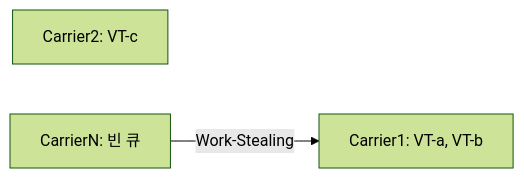
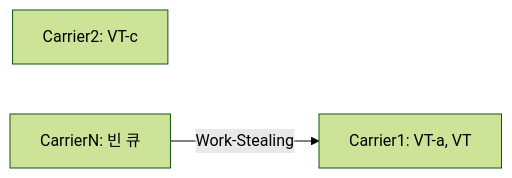
Before and after one commit to yjkim2015/yjkim2015.github.io: the fourth of 7 diagrams in _posts/java/2026-05-01-java-virtual-thread.md, drawn with Mermaid (forest theme). The commit also changed other lines of this file and 271 other files, not shown here.

First line of the commit message:
Mermaid 라벨 축소: 긴 노드 텍스트 18자 이하로 트림 + \n 제거

````diff
--- a/_posts/java/2026-05-01-java-virtual-thread.md
+++ b/_posts/java/2026-05-01-java-virtual-thread.md
@@ -152,7 +152,7 @@
 ```mermaid
 graph LR
-  C1["Carrier1: VT-a, VT-b"]
+  C1["Carrier1: VT-a, VT"]
   C2["Carrier2: VT-c"]
   CN["CarrierN: 빈 큐"]
   CN -->|Work-Stealing| C1
 ```
````
